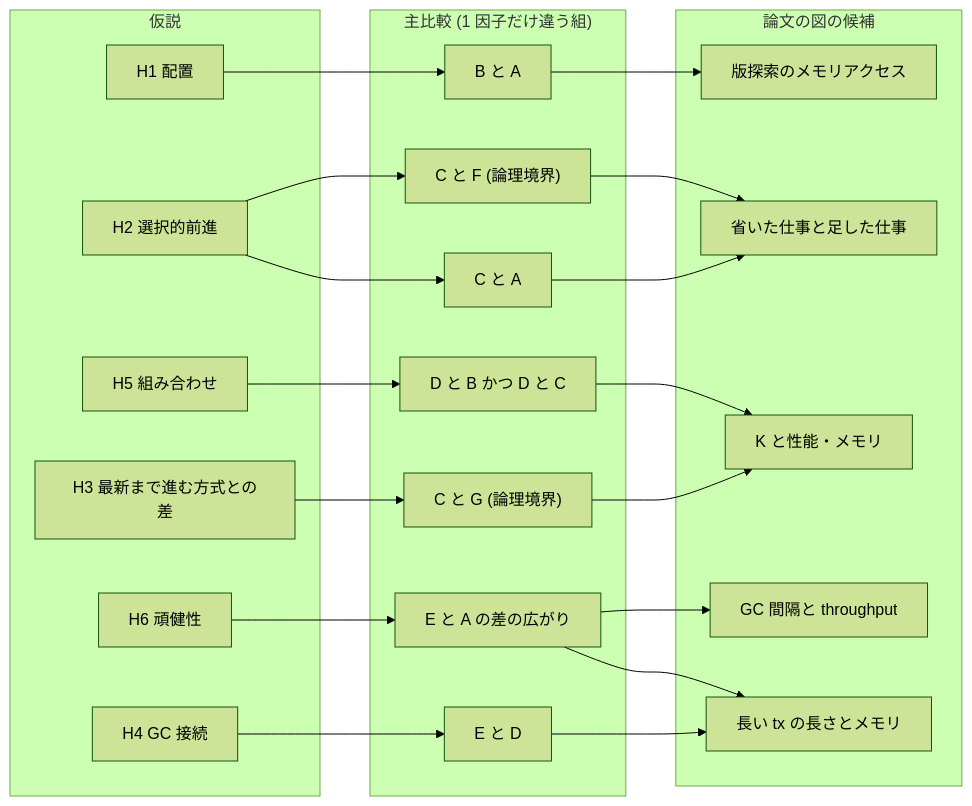
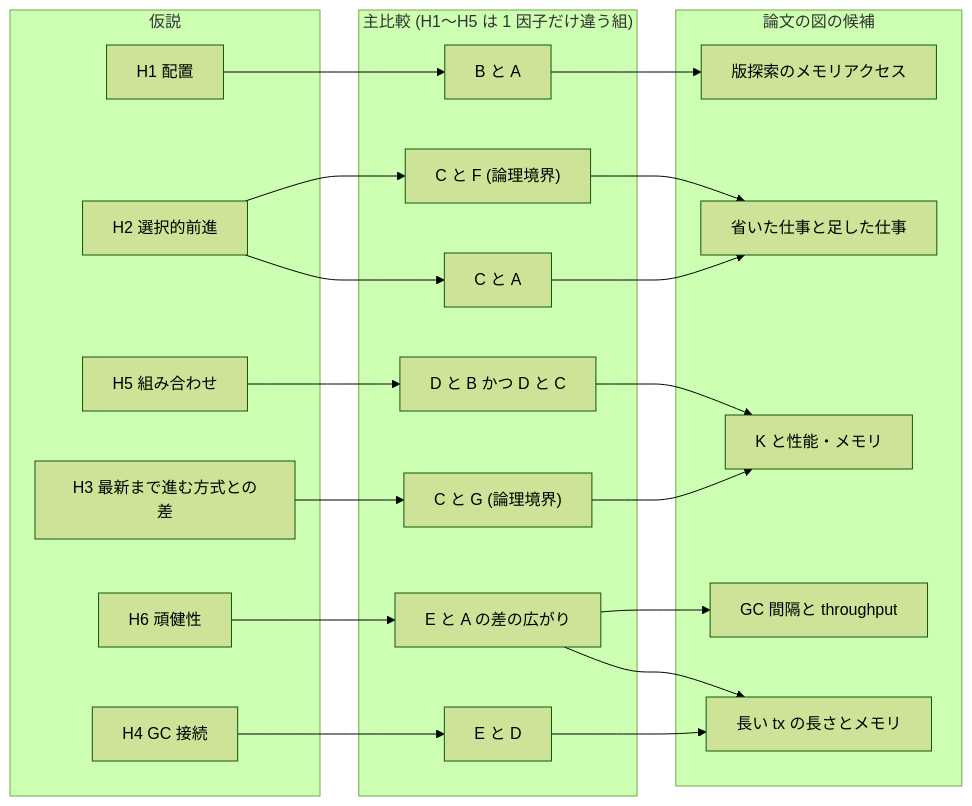
The first of 5 diagrams in docs/vhash-evaluation-preregistration-draft.md (thawk105/izanagi), drawn with Mermaid (forest theme) before and after one commit. The commit also changed other lines of this file, not shown here.

````diff
--- a/docs/vhash-evaluation-preregistration-draft.md
+++ b/docs/vhash-evaluation-preregistration-draft.md
@@ -42,35 +42,35 @@
 ```mermaid
 flowchart LR
   subgraph H["仮説"]
     h1["H1 配置"]
     h2["H2 選択的前進"]
     h3["H3 最新まで進む方式との差"]
     h4["H4 GC 接続"]
     h5["H5 組み合わせ"]
     h6["H6 頑健性"]
   end
-  subgraph C["主比較 (1 因子だけ違う組)"]
+  subgraph C["主比較 (H1〜H5 は 1 因子だけ違う組)"]
     c1["B と A"]
     c2a["C と A"]
     c2b["C と F (論理境界)"]
     c3["C と G (論理境界)"]
     c4["E と D"]
     c5["D と B かつ D と C"]
     c6["E と A の差の広がり"]
   end
   subgraph F["論文の図の候補"]
     f1["版探索のメモリアクセス"]
     f2["省いた仕事と足した仕事"]
     f3["K と性能・メモリ"]
     f4["GC 間隔と throughput"]
     f5["長い tx の長さとメモリ"]
   end
   h1 --> c1 --> f1
   h2 --> c2a --> f2
   h2 --> c2b --> f2
   h3 --> c3 --> f3
   h4 --> c4 --> f5
   h5 --> c5 --> f3
   h6 --> c6 --> f4
   c6 --> f5
 ```
````
